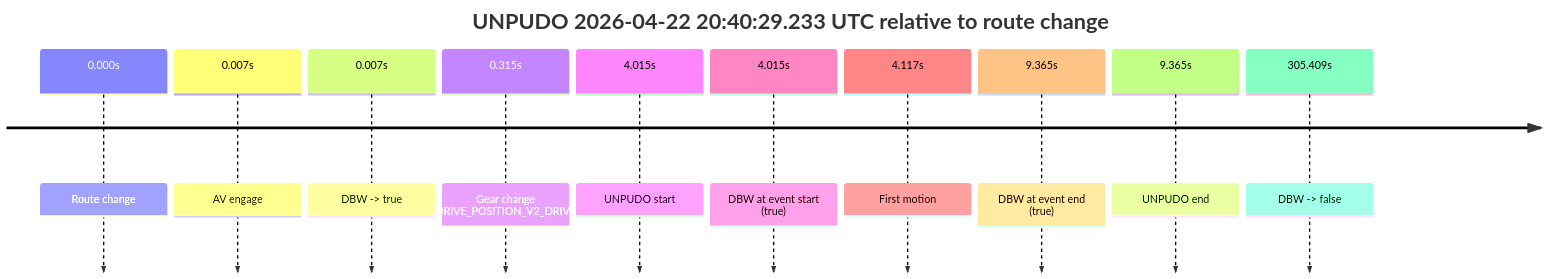
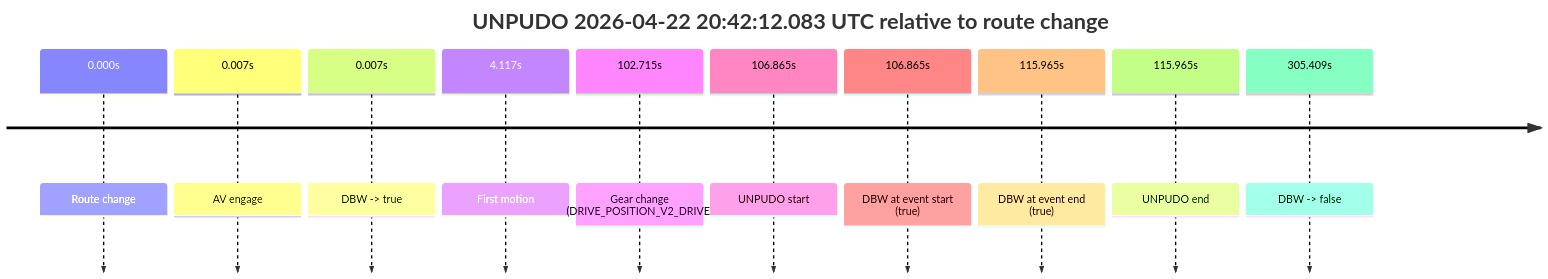
The second of 3 diagrams in model_analysis/report_cards/2026/04/Week-4/fme10003--2026-04-22--20-12-43--gen2-av-3e0a8cb2-409e-4489-9145-f4a94365bc6c.md (yoelshapiro/vault), drawn with Mermaid before and after one commit. The commit also changed other lines of this file and 2 other files, not shown here.

````diff
--- a/model_analysis/report_cards/2026/04/Week-4/fme10003--2026-04-22--20-12-43--gen2-av-3e0a8cb2-409e-4489-9145-f4a94365bc6c.md
+++ b/model_analysis/report_cards/2026/04/Week-4/fme10003--2026-04-22--20-12-43--gen2-av-3e0a8cb2-409e-4489-9145-f4a94365bc6c.md
@@ -512,14 +136,14 @@
 ```mermaid
 timeline
-    title UNPUDO 2026-04-22 20:40:29.233 UTC relative to route change
+    title UNPUDO 2026-04-22 20:42:12.083 UTC relative to route change
     0.000s : Route change
     0.007s : AV engage
     0.007s : DBW -> true
-    0.315s : Gear change (DRIVE_POSITION_V2_DRIVE)
-    4.015s : UNPUDO start
-    4.015s : DBW at event start (true)
     4.117s : First motion
-    9.365s : DBW at event end (true)
-    9.365s : UNPUDO end
+    102.715s : Gear change (DRIVE_POSITION_V2_DRIVE)
+    106.865s : UNPUDO start
+    106.865s : DBW at event start (true)
+    115.965s : DBW at event end (true)
+    115.965s : UNPUDO end
     305.409s : DBW -> false
 ```
````
